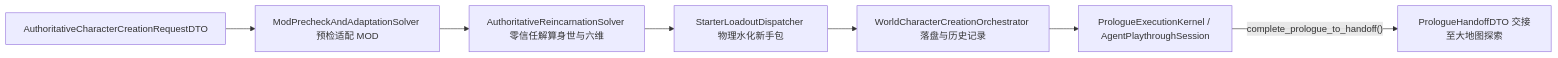
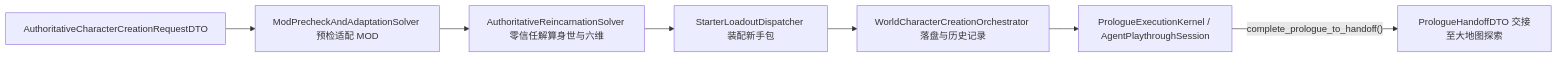
The diagram in WebGames/docs/源码文档/03_后端业务领域/02_角色养成与装备/character_creation.md (guilingzhouyi-creator/vscode-extensions), drawn with Mermaid before and after one commit. The commit also changed other lines of this file and 24 other files, not shown here.

````diff
--- a/WebGames/docs/源码文档/03_后端业务领域/02_角色养成与装备/character_creation.md
+++ b/WebGames/docs/源码文档/03_后端业务领域/02_角色养成与装备/character_creation.md
@@ -47,9 +52,9 @@
 ```mermaid
 flowchart LR
     Req["AuthoritativeCharacterCreationRequestDTO"] --> Mod["ModPrecheckAndAdaptationSolver 预检适配 MOD"]
     Mod --> Solver["AuthoritativeReincarnationSolver 零信任解算身世与六维"]
-    Solver --> Kit["StarterLoadoutDispatcher 物理水化新手包"]
+    Solver --> Kit["StarterLoadoutDispatcher 装配新手包"]
     Kit --> Orch["WorldCharacterCreationOrchestrator 落盘与历史记录"]
     Orch --> Kernel["PrologueExecutionKernel / AgentPlaythroughSession"]
     Kernel -->|"complete_prologue_to_handoff()"| Handoff["PrologueHandoffDTO 交接至大地图探索"]
 ```
````
